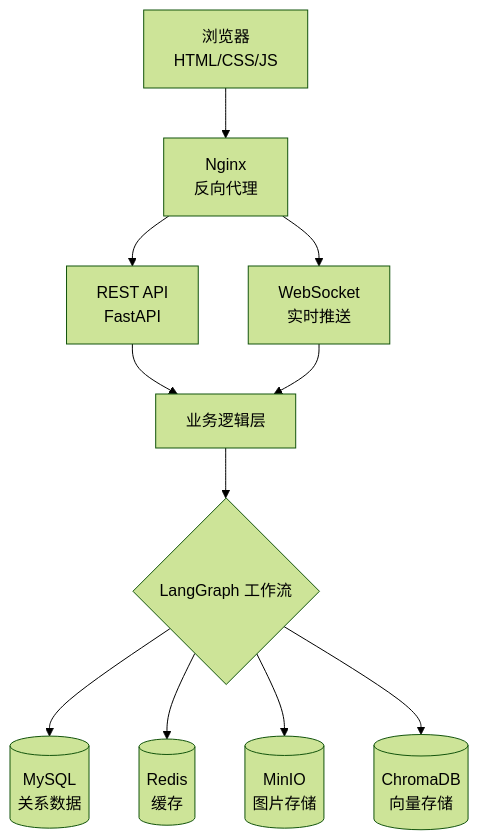
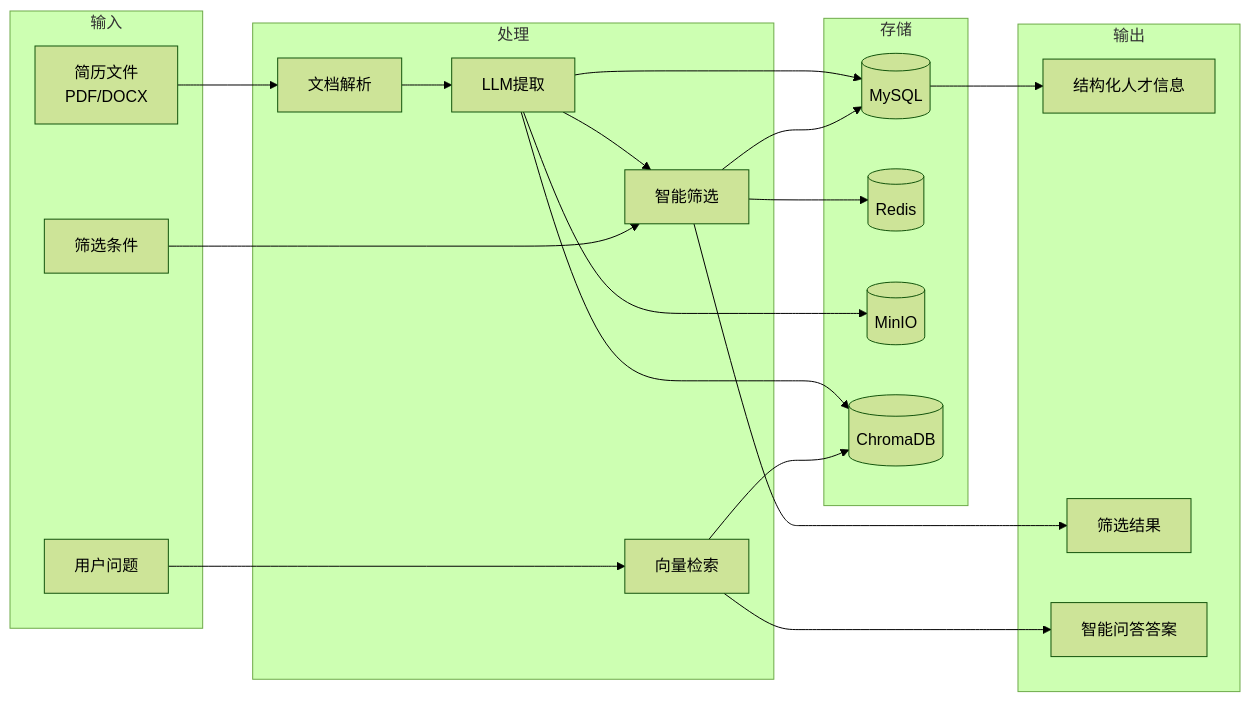
One commit to xt765/ResumeScreening changed the third of 11 diagrams in docs/architecture.md. Above: the diagram before and after it, drawn with Mermaid (forest theme). The commit also changed other lines of this file and 5 other files, not shown here.

First line of the commit message:
docs: 全面更新文档，修复Mermaid图表兼容性

````diff
--- a/docs/architecture.md
+++ b/docs/architecture.md
@@ -32,13 +194,40 @@
 ```mermaid
-graph TB
-    A[浏览器<br/>HTML/CSS/JS] --> B[Nginx<br/>反向代理]
-    B --> C[REST API<br/>FastAPI]
-    B --> D[WebSocket<br/>实时推送]
-    C --> E[业务逻辑层]
-    D --> E
-    E --> F{LangGraph 工作流}
-    F --> G[(MySQL<br/>关系数据)]
-    F --> H[(Redis<br/>缓存)]
-    F --> I[(MinIO<br/>图片存储)]
-    F --> J[(ChromaDB<br/>向量存储)]
+graph LR
+    subgraph 输入
+        A[简历文件<br/>PDF/DOCX]
+        B[筛选条件]
+        C[用户问题]
+    end
+  
+    subgraph 处理
+        D[文档解析]
+        E[LLM提取]
+        F[智能筛选]
+        G[向量检索]
+    end
+  
+    subgraph 存储
+        H[(MySQL)]
+        I[(Redis)]
+        J[(MinIO)]
+        K[(ChromaDB)]
+    end
+  
+    subgraph 输出
+        L[结构化人才信息]
+        M[筛选结果]
+        N[智能问答答案]
+    end
+  
+    A --> D --> E --> F
+    B --> F
+    E --> H
+    E --> J
+    E --> K
+    F --> H
+    F --> I
+    C --> G --> K
+    G --> N
+    H --> L
+    F --> M
 ```
````
